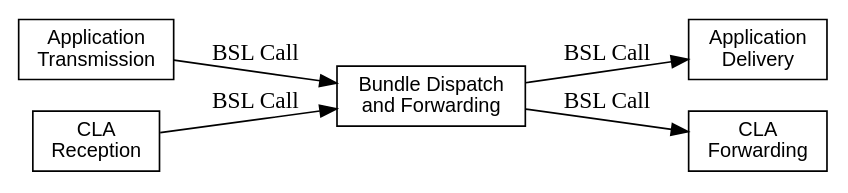
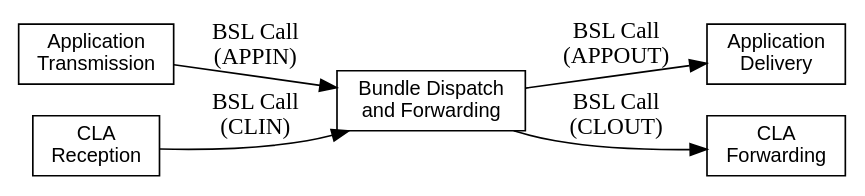
One commit to NASA-AMMOS/BSL-docs changed the diagram in product-guide/images/bsl-interaction-points.gv. Above: the diagram before and after it, drawn with Graphviz. The commit also changed 4 other files, not shown here.

```diff
--- a/product-guide/images/bsl-interaction-points.gv
+++ b/product-guide/images/bsl-interaction-points.gv
@@ -1,15 +1,15 @@
 digraph bpa_interaction {
     rankdir=LR;
     node [shape=record, fontname=Helvetica, fontsize=12];
 
     process [ label="Bundle Dispatch\nand Forwarding" ];
     appin [ label="Application\nTransmission" ];
     appout [ label="Application\nDelivery" ];
     clin [ label="CLA\nReception" ];
     clout [ label="CLA\nForwarding" ];
 
-    appin -> process [ label="BSL Call" ];
-    process -> appout [ label="BSL Call" ];
-    clin -> process [ label="BSL Call" ];
-    process -> clout [ label="BSL Call" ];
+    appin -> process [ label="BSL Call\n(APPIN)" ];
+    process -> appout [ label="BSL Call\n(APPOUT)" ];
+    clin -> process [ label="BSL Call\n(CLIN)" ];
+    process -> clout [ label="BSL Call\n(CLOUT)" ];
 }
```
